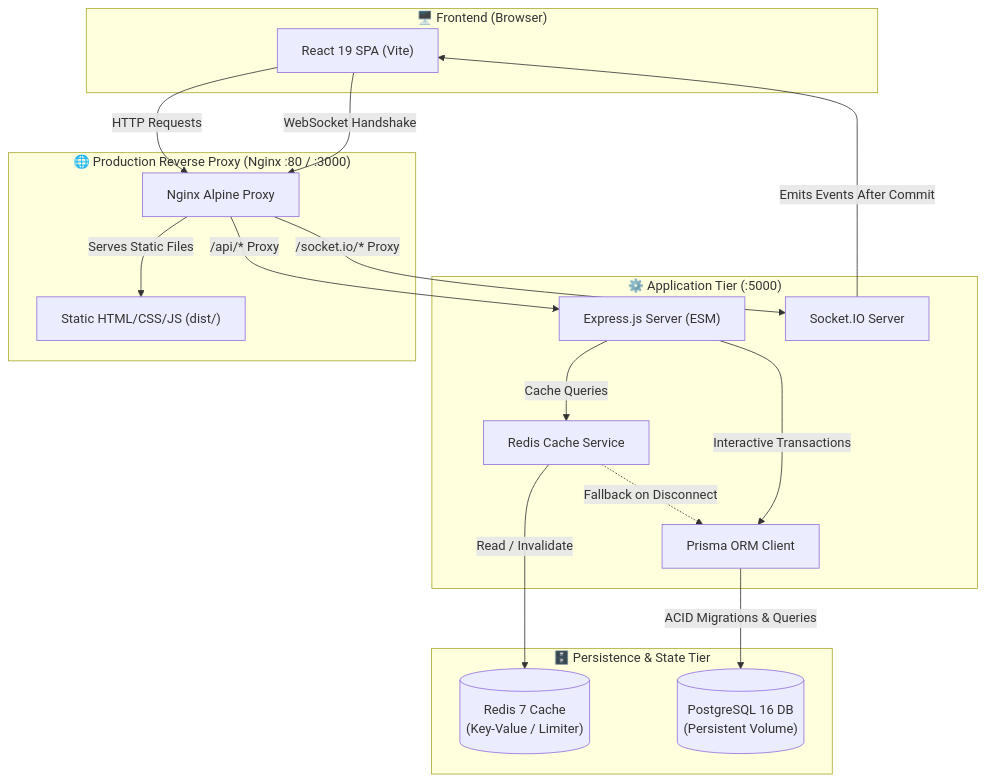
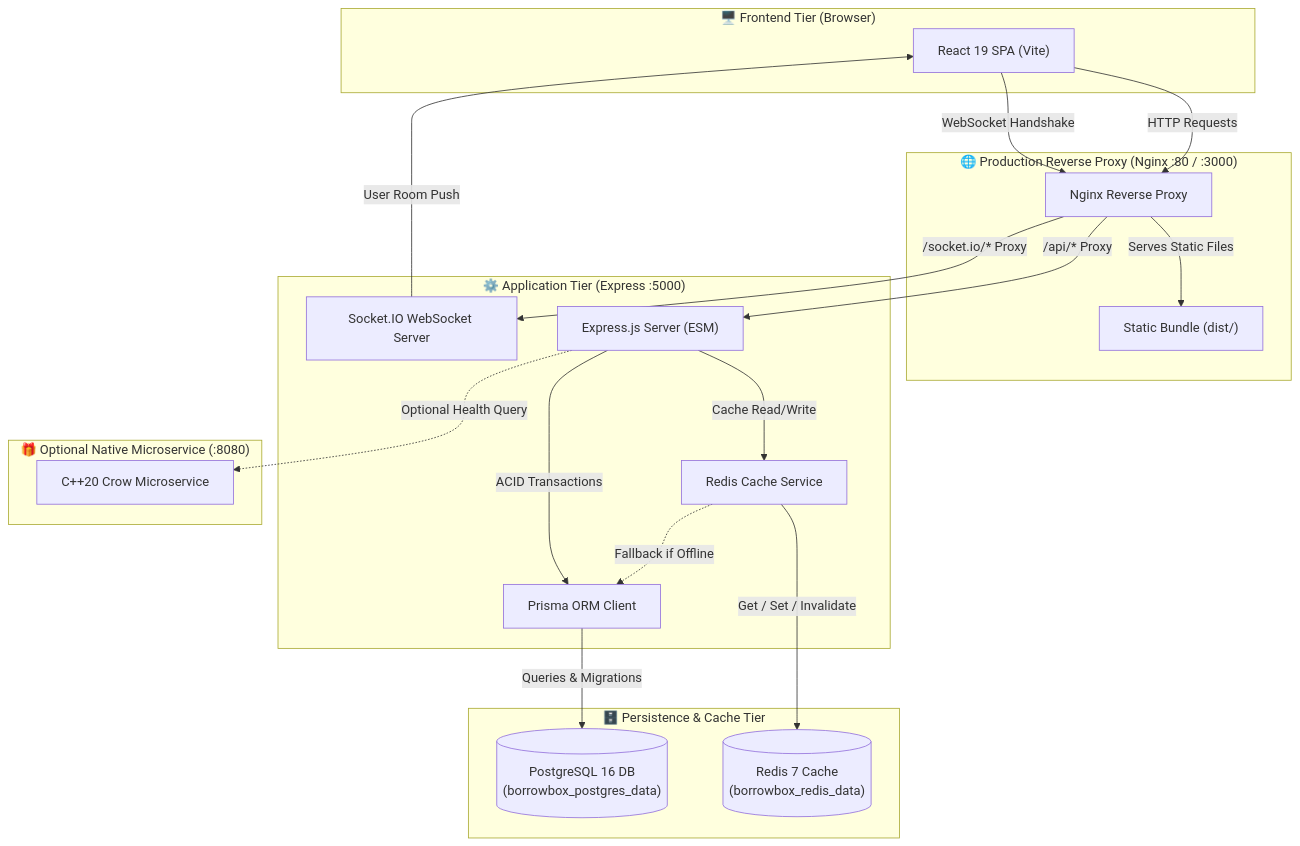
Before and after one commit to shreyas282005/Full-Stack_RV: the first of 2 diagrams in README.md, drawn with Mermaid. The commit also changed other lines of this file and 7 other files, not shown here.

````diff
--- a/README.md
+++ b/README.md
@@ -76,36 +106,41 @@
 ```mermaid
 flowchart TD
-    subgraph ClientLayer["🖥️ Frontend (Browser)"]
+    subgraph ClientLayer["🖥️ Frontend Tier (Browser)"]
         Browser["React 19 SPA (Vite)"]
     end
 
     subgraph ProxyLayer["🌐 Production Reverse Proxy (Nginx :80 / :3000)"]
-        Nginx["Nginx Alpine Proxy"]
-        StaticAssets["Static HTML/CSS/JS (dist/)"]
+        Nginx["Nginx Reverse Proxy"]
+        StaticAssets["Static Bundle (dist/)"]
     end
 
-    subgraph BackendLayer["⚙️ Application Tier (:5000)"]
+    subgraph BackendLayer["⚙️ Application Tier (Express :5000)"]
         Express["Express.js Server (ESM)"]
-        SocketIO["Socket.IO Server"]
+        SocketIO["Socket.IO WebSocket Server"]
         CacheService["Redis Cache Service"]
         Prisma["Prisma ORM Client"]
     end
 
-    subgraph DataLayer["🗄️ Persistence & State Tier"]
-        Postgres[("PostgreSQL 16 DB\n(Persistent Volume)")]
-        RedisDB[("Redis 7 Cache\n(Key-Value / Limiter)")]
+    subgraph DataLayer["🗄️ Persistence & Cache Tier"]
+        Postgres[("PostgreSQL 16 DB\n(borrowbox_postgres_data)")]
+        RedisDB[("Redis 7 Cache\n(borrowbox_redis_data)")]
+    end
+
+    subgraph BonusLayer["🎁 Optional Native Microservice (:8080)"]
+        CrowService["C++20 Crow Microservice"]
     end
 
     Browser -->|HTTP Requests| Nginx
     Browser -->|WebSocket Handshake| Nginx
     Nginx -->|Serves Static Files| StaticAssets
     Nginx -->|/api/* Proxy| Express
     Nginx -->|/socket.io/* Proxy| SocketIO
 
-    Express -->|Cache Queries| CacheService
-    CacheService -->|Read / Invalidate| RedisDB
-    CacheService -.->|Fallback on Disconnect| Prisma
-    Express -->|Interactive Transactions| Prisma
-    Prisma -->|ACID Migrations & Queries| Postgres
-    SocketIO -->|Emits Events After Commit| Browser
+    Express -->|Cache Read/Write| CacheService
+    CacheService -->|Get / Set / Invalidate| RedisDB
+    CacheService -.->|Fallback if Offline| Prisma
+    Express -->|ACID Transactions| Prisma
+    Prisma -->|Queries & Migrations| Postgres
+    SocketIO -->|User Room Push| Browser
+    Express -.->|Optional Health Query| CrowService
 ```
````
